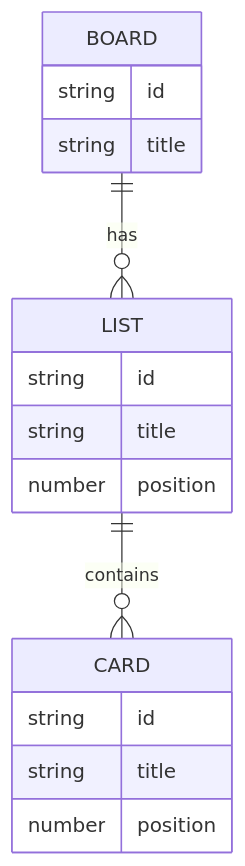
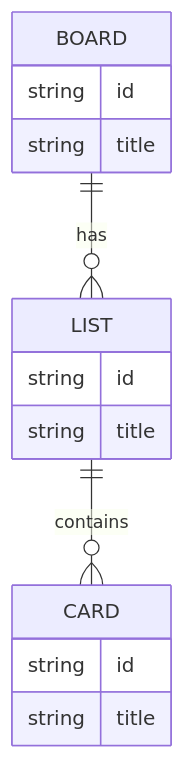
The fourth of 4 diagrams in taskapp/docs/design-overview.md (kasisu/github-demo), drawn with Mermaid before and after one commit. The commit also changed 9 other files, not shown here.

````diff
--- a/taskapp/docs/design-overview.md
+++ b/taskapp/docs/design-overview.md
@@ -88,22 +88,20 @@
 ```mermaid
 erDiagram
   BOARD ||--o{ LIST : "has"
   LIST ||--o{ CARD : "contains"
 
   BOARD {
     string id
     string title
   }
 
   LIST {
     string id
     string title
-    number position
   }
 
   CARD {
     string id
     string title
-    number position
   }
 ```
````
